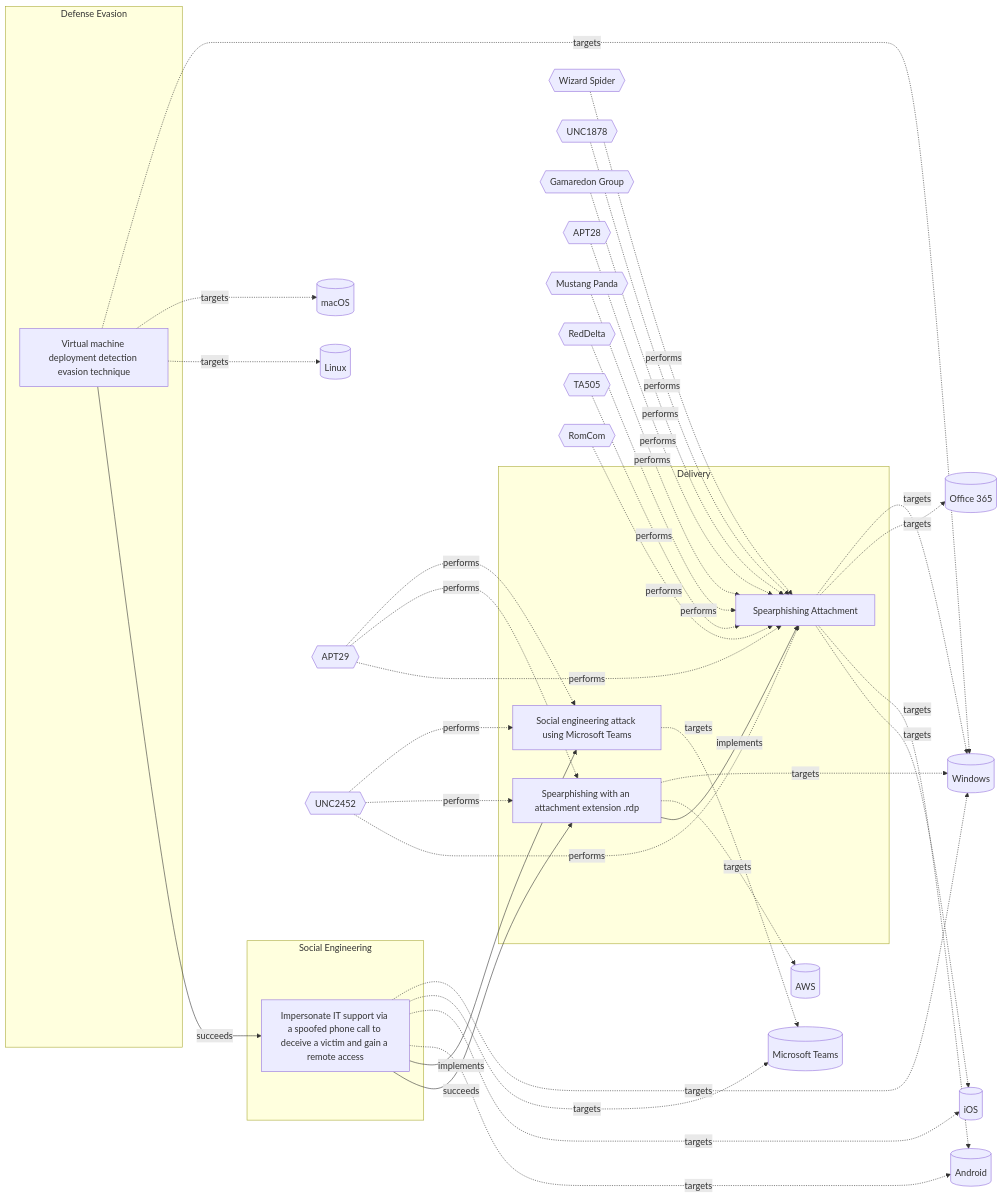
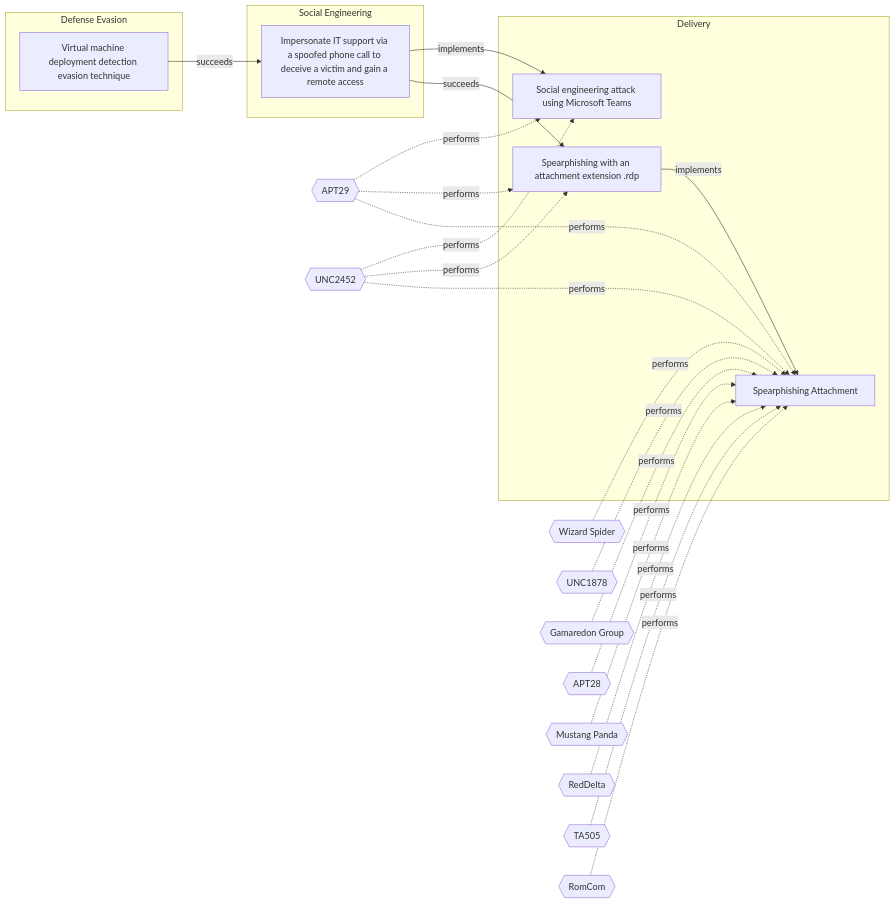
One commit to OpenTideHQ/WikiTide changed the diagram in Models/Threat Vectors/☣️ Impersonate IT support via a spoofed phone call to deceive a victim and gain a remote access.md. Above: the diagram before and after it, drawn with Mermaid. The commit also changed other lines of this file and 232 other files, not shown here.

````diff
--- a/Models/Threat Vectors/☣️ Impersonate IT support via a spoofed phone call to deceive a victim and gain a remote access.md
+++ b/Models/Threat Vectors/☣️ Impersonate IT support via a spoofed phone call to deceive a victim and gain a remote access.md
@@ -93,76 +93,54 @@
 ```mermaid
 
 flowchart LR
 
 60bd6a35-3a71-47c2-8110-4562fb40976c[Virtual machine deployment detection evasion technique]
 c4456134-df7b-4969-b5ff-a24794996890[Impersonate IT support via a spoofed phone call to deceive a victim and gain a remote access]
 06c60af1-5fa8-493c-bf9b-6b2e215819f1[Social engineering attack using Microsoft Teams]
 58b98d75-fc63-4662-8908-a2a7f4200902[Spearphishing with an attachment extension .rdp]
 dd5d942c-bac4-4000-b9a6-ca4fef6cfb84[Spearphishing Attachment]
 
 subgraph Defense Evasion
 60bd6a35-3a71-47c2-8110-4562fb40976c
 end
 subgraph Social Engineering
 c4456134-df7b-4969-b5ff-a24794996890
 end
 subgraph Delivery
 06c60af1-5fa8-493c-bf9b-6b2e215819f1
 58b98d75-fc63-4662-8908-a2a7f4200902
 dd5d942c-bac4-4000-b9a6-ca4fef6cfb84
 end
 
-Windows[(Windows)]
-macOS[(macOS)]
-Linux[(Linux)]
-MicrosoftTeams[(Microsoft Teams)]
-iOS[(iOS)]
-Android[(Android)]
-AWS[(AWS)]
-Office365[(Office 365)]
 APT29{{APT29}}
 UNC2452{{UNC2452}}
 WizardSpider{{Wizard Spider}}
 UNC1878{{UNC1878}}
 GamaredonGroup{{Gamaredon Group}}
 APT28{{APT28}}
 MustangPanda{{Mustang Panda}}
 RedDelta{{RedDelta}}
 TA505{{TA505}}
 RomCom{{RomCom}}
 
-60bd6a35-3a71-47c2-8110-4562fb40976c -.->|targets| Windows
-60bd6a35-3a71-47c2-8110-4562fb40976c -.->|targets| macOS
-60bd6a35-3a71-47c2-8110-4562fb40976c -.->|targets| Linux
-c4456134-df7b-4969-b5ff-a24794996890 -.->|targets| Windows
-c4456134-df7b-4969-b5ff-a24794996890 -.->|targets| MicrosoftTeams
-c4456134-df7b-4969-b5ff-a24794996890 -.->|targets| iOS
-c4456134-df7b-4969-b5ff-a24794996890 -.->|targets| Android
-06c60af1-5fa8-493c-bf9b-6b2e215819f1 -.->|targets| MicrosoftTeams
-58b98d75-fc63-4662-8908-a2a7f4200902 -.->|targets| Windows
-58b98d75-fc63-4662-8908-a2a7f4200902 -.->|targets| AWS
-dd5d942c-bac4-4000-b9a6-ca4fef6cfb84 -.->|targets| Windows
-dd5d942c-bac4-4000-b9a6-ca4fef6cfb84 -.->|targets| Office365
-dd5d942c-bac4-4000-b9a6-ca4fef6cfb84 -.->|targets| Android
-dd5d942c-bac4-4000-b9a6-ca4fef6cfb84 -.->|targets| iOS
 APT29 -.-> |performs| 06c60af1-5fa8-493c-bf9b-6b2e215819f1
 UNC2452 -.-> |performs| 06c60af1-5fa8-493c-bf9b-6b2e215819f1
 APT29 -.-> |performs| 58b98d75-fc63-4662-8908-a2a7f4200902
 UNC2452 -.-> |performs| 58b98d75-fc63-4662-8908-a2a7f4200902
 APT29 -.-> |performs| dd5d942c-bac4-4000-b9a6-ca4fef6cfb84
 UNC2452 -.-> |performs| dd5d942c-bac4-4000-b9a6-ca4fef6cfb84
 WizardSpider -.-> |performs| dd5d942c-bac4-4000-b9a6-ca4fef6cfb84
 UNC1878 -.-> |performs| dd5d942c-bac4-4000-b9a6-ca4fef6cfb84
 GamaredonGroup -.-> |performs| dd5d942c-bac4-4000-b9a6-ca4fef6cfb84
 APT28 -.-> |performs| dd5d942c-bac4-4000-b9a6-ca4fef6cfb84
 MustangPanda -.-> |performs| dd5d942c-bac4-4000-b9a6-ca4fef6cfb84
 RedDelta -.-> |performs| dd5d942c-bac4-4000-b9a6-ca4fef6cfb84
 TA505 -.-> |performs| dd5d942c-bac4-4000-b9a6-ca4fef6cfb84
 RomCom -.-> |performs| dd5d942c-bac4-4000-b9a6-ca4fef6cfb84
 
 60bd6a35-3a71-47c2-8110-4562fb40976c -->|succeeds| c4456134-df7b-4969-b5ff-a24794996890
 c4456134-df7b-4969-b5ff-a24794996890 -->|implements| 06c60af1-5fa8-493c-bf9b-6b2e215819f1
 c4456134-df7b-4969-b5ff-a24794996890 -->|succeeds| 58b98d75-fc63-4662-8908-a2a7f4200902
 58b98d75-fc63-4662-8908-a2a7f4200902 -->|implements| dd5d942c-bac4-4000-b9a6-ca4fef6cfb84
 
 ```
````
